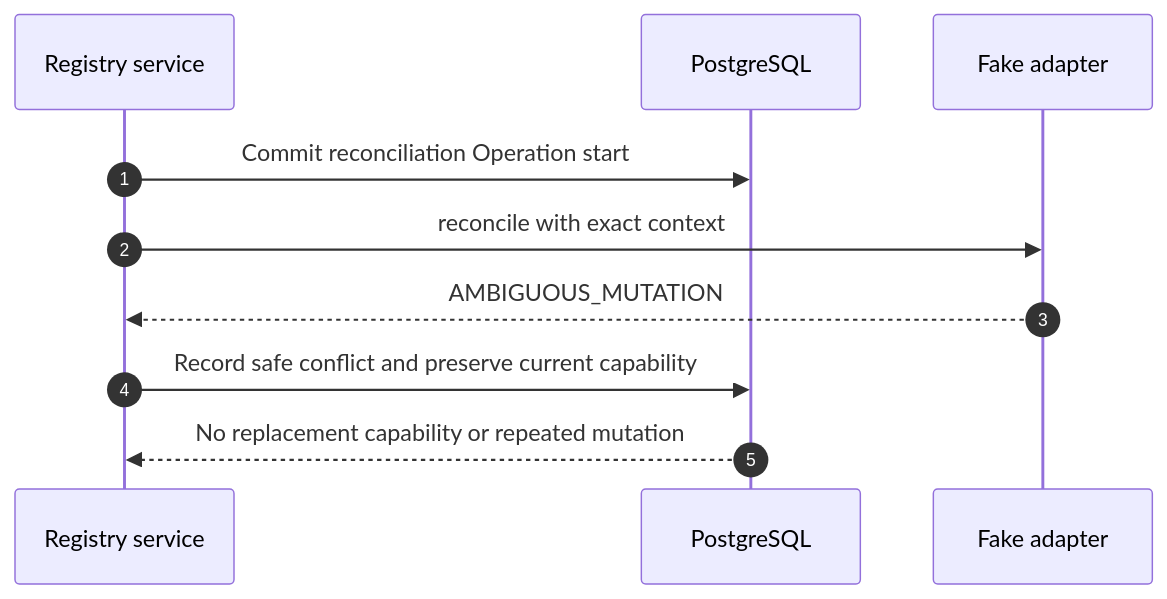
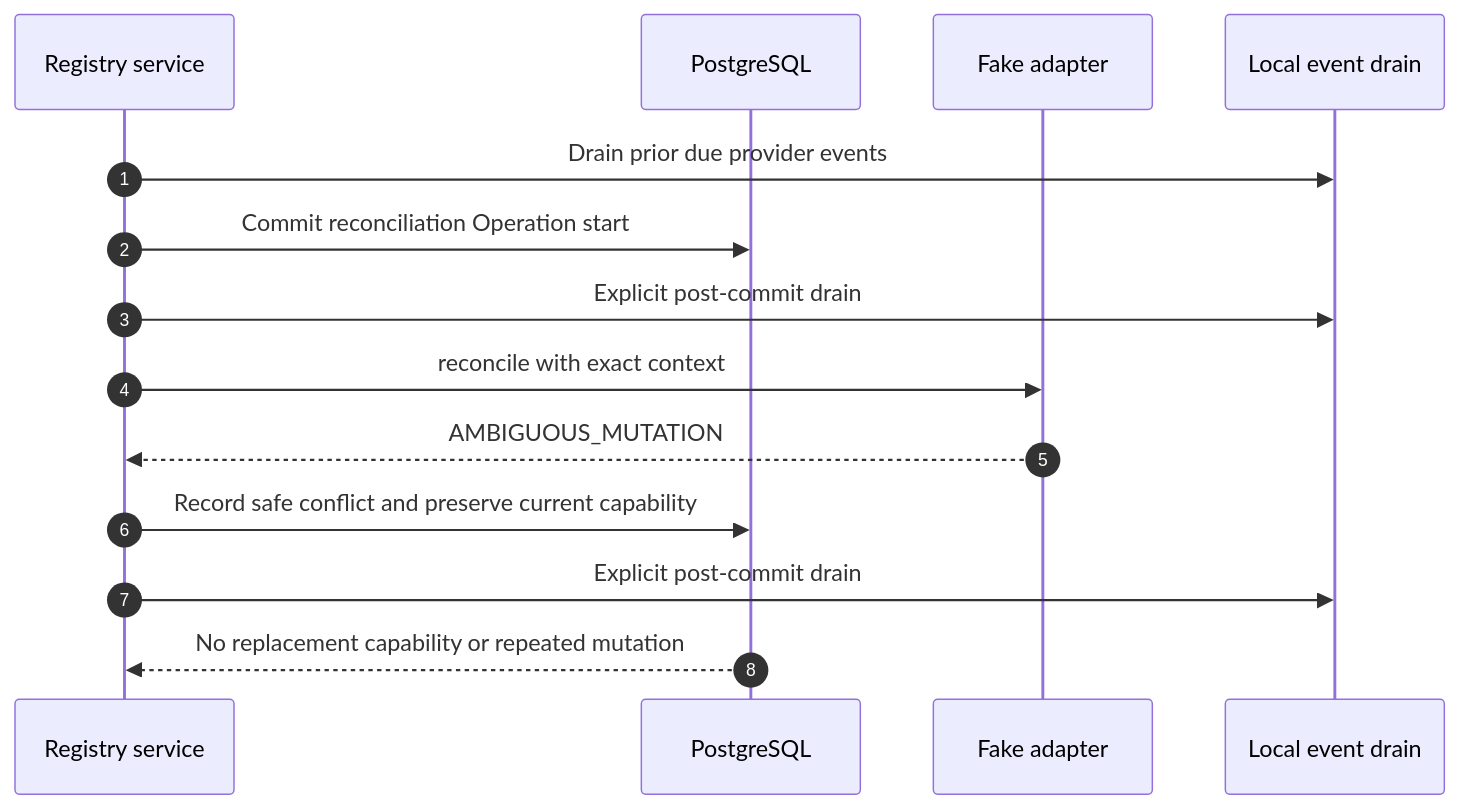
The second of 2 diagrams in docs/technical/m0-s9a-provider-registry-task-packet.md (faocampo/curve), drawn with Mermaid before and after one commit. The commit also changed other lines of this file and 15 other files, not shown here.

Commit message:
docs(curve): define local provider event delivery

````diff
--- a/docs/technical/m0-s9a-provider-registry-task-packet.md
+++ b/docs/technical/m0-s9a-provider-registry-task-packet.md
@@ -209,13 +229,17 @@
 ```mermaid
 sequenceDiagram
     autonumber
     participant S as Registry service
     participant DB as PostgreSQL
     participant F as Fake adapter
+    participant D as Local event drain
 
+    S->>D: Drain prior due provider events
     S->>DB: Commit reconciliation Operation start
+    S->>D: Explicit post-commit drain
     S->>F: reconcile with exact context
     F-->>S: AMBIGUOUS_MUTATION
     S->>DB: Record safe conflict and preserve current capability
+    S->>D: Explicit post-commit drain
     DB-->>S: No replacement capability or repeated mutation
 ```
````
